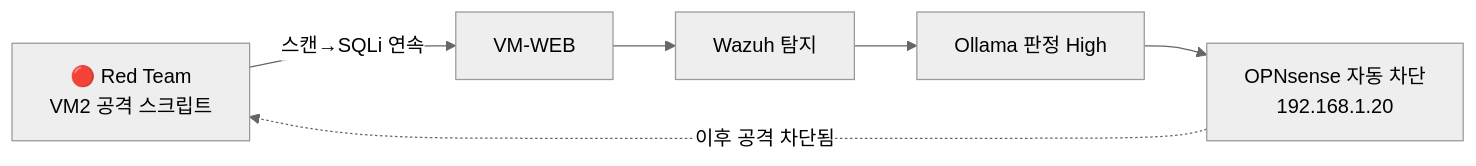
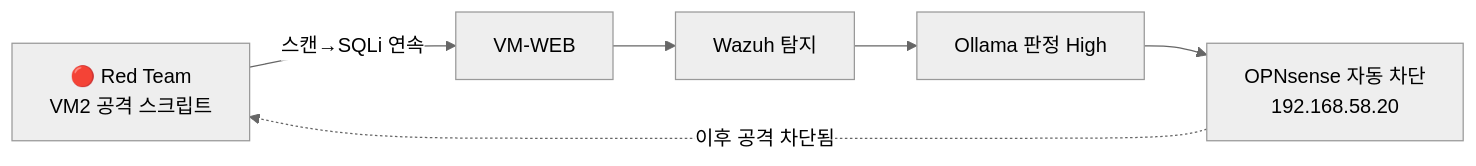
The first of 2 diagrams in _posts/1.응용강의/aiwebsec/2026-06-12-aiwebsec-35-siem-scenario-validation.md (sbaek100/sbaek100.github.io), drawn with Mermaid (neutral theme) before and after one commit. The commit also changed other lines of this file and 518 other files, not shown here.

````diff
--- a/_posts/1.응용강의/aiwebsec/2026-06-12-aiwebsec-35-siem-scenario-validation.md
+++ b/_posts/1.응용강의/aiwebsec/2026-06-12-aiwebsec-35-siem-scenario-validation.md
@@ -28,8 +28,8 @@
 ```mermaid
 graph LR
     R["🔴 Red Team<br/>VM2 공격 스크립트"] -->|"스캔→SQLi 연속"| WEB["VM-WEB"]
     WEB --> WZ["Wazuh 탐지"]
     WZ --> AI["Ollama 판정 High"]
-    AI --> FW["OPNsense 자동 차단<br/>192.168.1.20"]
+    AI --> FW["OPNsense 자동 차단<br/>192.168.58.20"]
     FW -.->|"이후 공격 차단됨"| R
 ```
````
